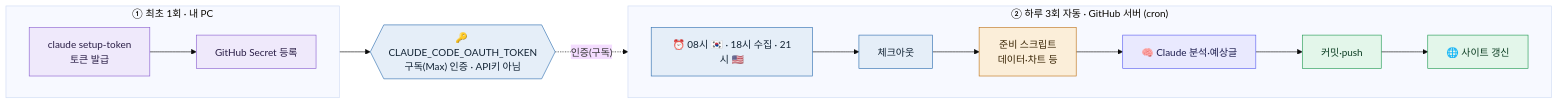
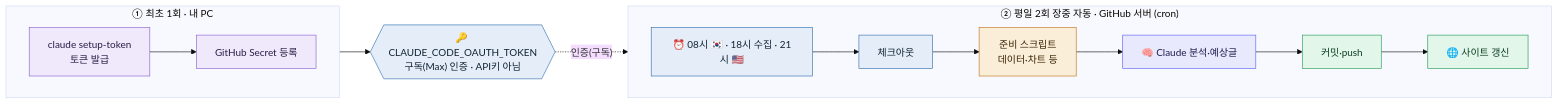
One commit to gks930620/stock-daily changed the first of 2 diagrams in docs/OVERVIEW.md. Above: the diagram before and after it, drawn with Mermaid (base theme). The commit also changed other lines of this file and 5 other files, not shown here.

````diff
--- a/docs/OVERVIEW.md
+++ b/docs/OVERVIEW.md
@@ -14,22 +14,22 @@
 ```mermaid
 flowchart LR
   subgraph SETUP["① 최초 1회 · 내 PC"]
     direction LR
     A["claude setup-token<br/>토큰 발급"] --> B["GitHub Secret 등록"]
   end
   B --> KEY{{"🔑 CLAUDE_CODE_OAUTH_TOKEN<br/>구독(Max) 인증 · API키 아님"}}
 
-  subgraph DAILY["② 하루 3회 자동 · GitHub 서버 (cron)"]
+  subgraph DAILY["② 평일 2회 장중 자동 · GitHub 서버 (cron)"]
     direction LR
     C["⏰ 08시 🇰🇷 · 18시 수집 · 21시 🇺🇸"] --> D["체크아웃"] --> E["준비 스크립트<br/>데이터·차트 등"] --> F["🧠 Claude 분석·예상글"] --> G["커밋·push"] --> H["🌐 사이트 갱신"]
   end
 
   KEY -. "인증(구독)" .-> F
 
   classDef setup fill:#efe9fb,stroke:#8a5fd0,color:#2a1e46;
   classDef cloud fill:#e5eef8,stroke:#2f6fb0,color:#123;
   classDef proc  fill:#fbeed9,stroke:#bf7318,color:#3a2606;
   classDef ai    fill:#e9e9fe,stroke:#5b5ff0,color:#1c1c4d;
   classDef pub   fill:#e3f6ea,stroke:#219a52,color:#0c3d22;
   class A,B setup; class KEY,C,D cloud; class E proc; class F ai; class G,H pub;
 ```
````
